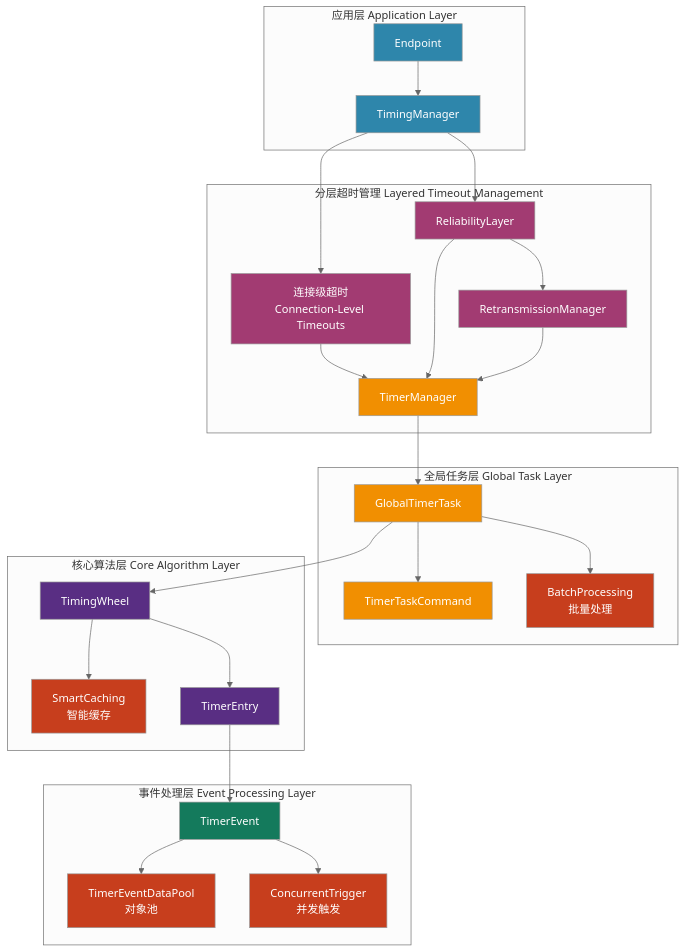
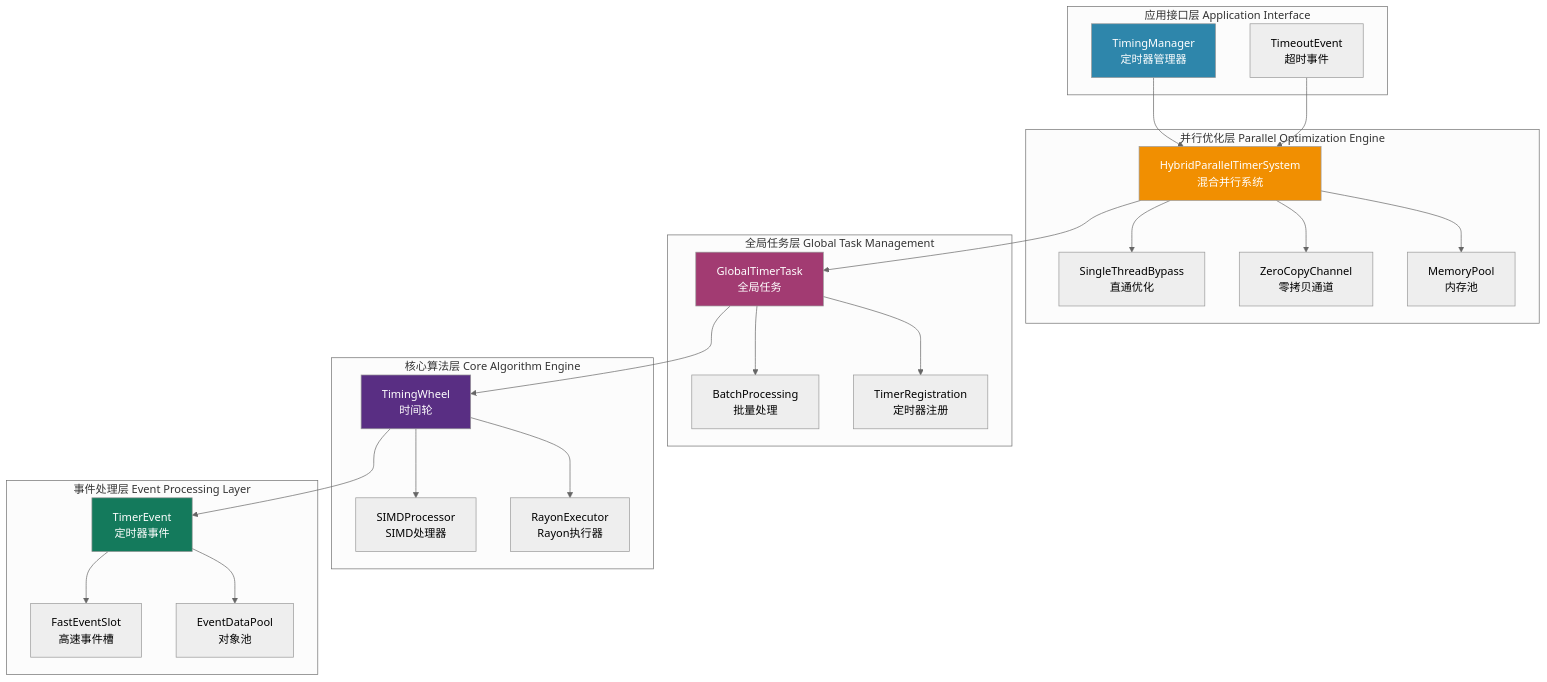
The diagram in docs/src/dev-docs/components/timer.md (ShaoG-R/kestrel-protocol), drawn with Mermaid (neutral theme) before and after one commit. The commit also changed other lines of this file and 4 other files, not shown here.

Commit message:
删除定时器优化路线图文档，更新定时器系统文档以反映最新的架构和性能改进，强调三层并行优化和零拷贝事件传递的优势。同时，调整相关模块的注释以提高可读性和维护性。

````diff
--- a/docs/src/dev-docs/components/timer.md
+++ b/docs/src/dev-docs/components/timer.md
@@ -41,49 +19,53 @@
 ```mermaid
-graph TD
-    subgraph "应用层 Application Layer"
-        A[Endpoint] --> B[TimingManager]
+graph TB
+    subgraph "应用接口层 Application Interface"
+        A[TimingManager<br/>定时器管理器]
+        B[TimeoutEvent<br/>超时事件]
     end
     
-    subgraph "分层超时管理 Layered Timeout Management"
-        B --> C[连接级超时<br/>Connection-Level Timeouts]
-        B --> D[ReliabilityLayer]
-        D --> E[RetransmissionManager]
-        C --> F[TimerManager]
-        D --> F
-        E --> F
+    subgraph "并行优化层 Parallel Optimization Engine"
+        C[HybridParallelTimerSystem<br/>混合并行系统]
+        D[SingleThreadBypass<br/>直通优化]
+        E[ZeroCopyChannel<br/>零拷贝通道]
+        F[MemoryPool<br/>内存池]
     end
     
-    subgraph "全局任务层 Global Task Layer"
-        F --> G[GlobalTimerTask]
-        G --> H[TimerTaskCommand]
-        G --> I[BatchProcessing<br/>批量处理]
+    subgraph "全局任务层 Global Task Management"
+        G[GlobalTimerTask<br/>全局任务]
+        H[BatchProcessing<br/>批量处理]
+        I[TimerRegistration<br/>定时器注册]
     end
     
-    subgraph "核心算法层 Core Algorithm Layer"
-        G --> J[TimingWheel]
-        J --> K[SmartCaching<br/>智能缓存]
-        J --> L[TimerEntry]
+    subgraph "核心算法层 Core Algorithm Engine"
+        J[TimingWheel<br/>时间轮]
+        K[SIMDProcessor<br/>SIMD处理器]
+        L[RayonExecutor<br/>Rayon执行器]
     end
     
     subgraph "事件处理层 Event Processing Layer"
-        L --> M[TimerEvent]
-        M --> N[TimerEventDataPool<br/>对象池]
-        M --> O[ConcurrentTrigger<br/>并发触发]
+        M[TimerEvent<br/>定时器事件]
+        N[FastEventSlot<br/>高速事件槽]
+        O[EventDataPool<br/>对象池]
     end
 
+    A --> C
+    B --> C
+    C --> D
+    C --> E
+    C --> F
+    C --> G
+    G --> H
+    G --> I
+    G --> J
+    J --> K
+    J --> L
+    J --> M
+    M --> N
+    M --> O
+
     style A fill:#2E86AB,color:#fff
-    style B fill:#2E86AB,color:#fff
-    style C fill:#A23B72,color:#fff
-    style D fill:#A23B72,color:#fff
-    style E fill:#A23B72,color:#fff
-    style F fill:#F18F01,color:#fff
-    style G fill:#F18F01,color:#fff
-    style H fill:#F18F01,color:#fff
-    style I fill:#C73E1D,color:#fff
+    style C fill:#F18F01,color:#fff
+    style G fill:#A23B72,color:#fff
     style J fill:#592E83,color:#fff
-    style K fill:#C73E1D,color:#fff
-    style L fill:#592E83,color:#fff
     style M fill:#147A5C,color:#fff
-    style N fill:#C73E1D,color:#fff
-    style O fill:#C73E1D,color:#fff
 ```
````
